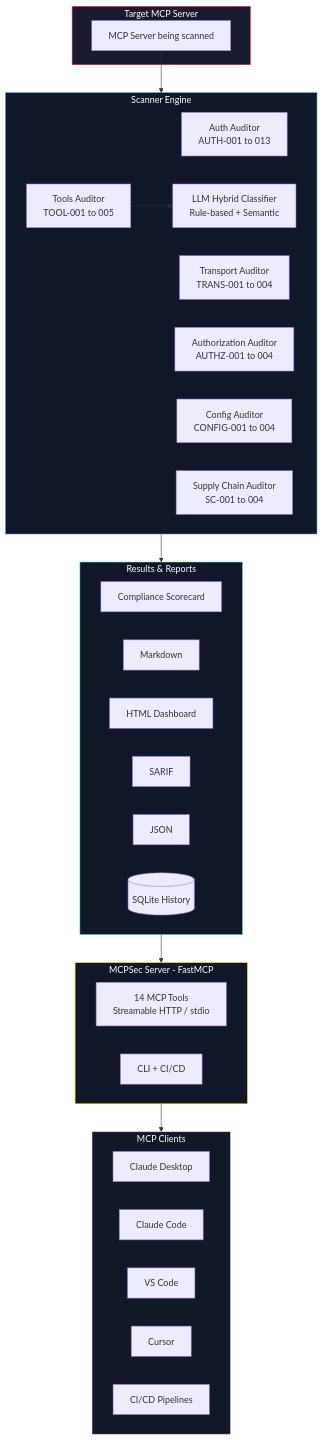
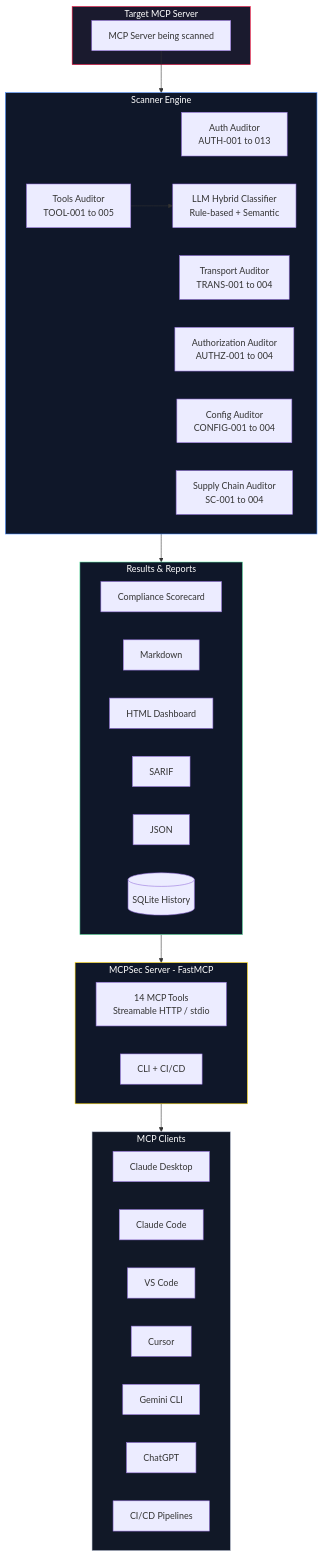
The diagram in README.md (mcp-shark/MCPSec), drawn with Mermaid before and after one commit. The commit also changed other lines of this file, not shown here.

````diff
--- a/README.md
+++ b/README.md
@@ -397,50 +440,52 @@
 ```mermaid
 graph TB
     subgraph Target["Target MCP Server"]
         T[MCP Server being scanned]
     end
 
     subgraph Engine["Scanner Engine"]
         A1[Auth Auditor<br/>AUTH-001 to 013]
         A2[Transport Auditor<br/>TRANS-001 to 004]
         A3[Authorization Auditor<br/>AUTHZ-001 to 004]
         A4[Tools Auditor<br/>TOOL-001 to 005]
         A5[Config Auditor<br/>CONFIG-001 to 004]
         A6[Supply Chain Auditor<br/>SC-001 to 004]
         LLM[LLM Hybrid Classifier<br/>Rule-based + Semantic]
     end
 
     subgraph Reports["Results & Reports"]
         SC[Compliance Scorecard]
         MD[Markdown]
         HTML[HTML Dashboard]
         SARIF[SARIF]
         JSON[JSON]
         DB[(SQLite History)]
     end
 
     subgraph Server["MCPSec Server - FastMCP"]
         MCP[14 MCP Tools<br/>Streamable HTTP / stdio]
         CLI[CLI + CI/CD]
     end
 
     subgraph Clients["MCP Clients"]
         CD[Claude Desktop]
         CC[Claude Code]
         VS[VS Code]
         CU[Cursor]
+        GE[Gemini CLI]
+        GP[ChatGPT]
         CI[CI/CD Pipelines]
     end
 
     T --> Engine
     A4 --> LLM
     Engine --> Reports
     Reports --> Server
     Server --> Clients
 
     style Target fill:#1a1a2e,stroke:#ff1744,color:#fff
     style Engine fill:#0f1729,stroke:#448aff,color:#fff
     style Reports fill:#0f1729,stroke:#69f0ae,color:#fff
     style Server fill:#0f1729,stroke:#ffd600,color:#fff
     style Clients fill:#111827,stroke:#c0c8d8,color:#fff
 ```
````
